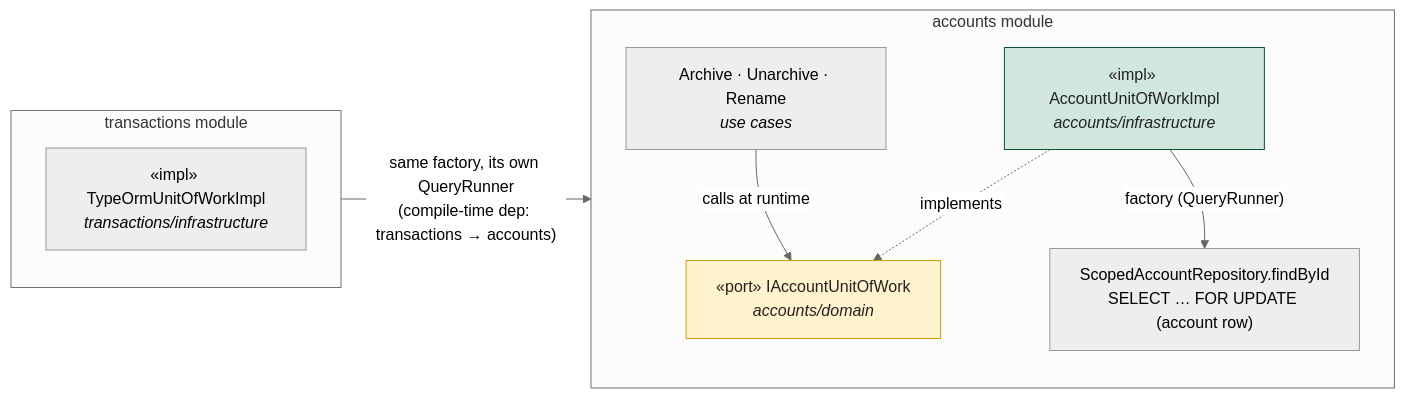
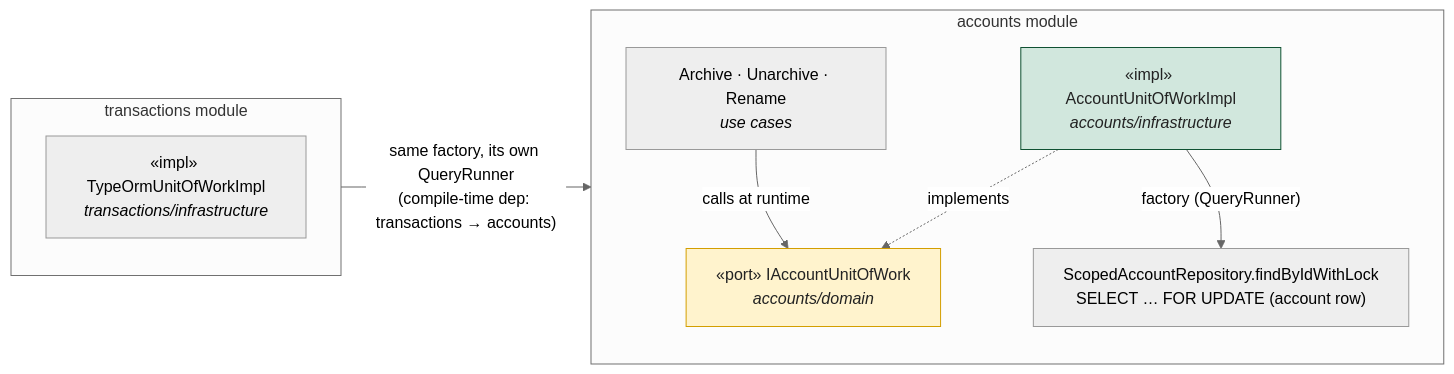
Before and after one commit to vicentera0957-arch/personal-finance-api: the fourth of 6 diagrams in docs/architecture.md, drawn with Mermaid (neutral theme). The commit also changed other lines of this file and 9 other files, not shown here.

````diff
--- a/docs/architecture.md
+++ b/docs/architecture.md
@@ -191,25 +191,25 @@
 ```mermaid
 flowchart LR
     subgraph accounts["accounts module"]
         direction TB
         AUC["Archive · Unarchive · Rename<br/><i>use cases</i>"]
         IAU["«port» IAccountUnitOfWork<br/><i>accounts/domain</i>"]
         UOW["«impl» AccountUnitOfWorkImpl<br/><i>accounts/infrastructure</i>"]
-        LOCK["ScopedAccountRepository.findById<br/>SELECT … FOR UPDATE (account row)"]
+        LOCK["ScopedAccountRepository.findByIdWithLock<br/>SELECT … FOR UPDATE (account row)"]
         AUC -->|"calls at runtime"| IAU
         UOW -.->|implements| IAU
         UOW -->|"factory (QueryRunner)"| LOCK
     end
 
     subgraph transactions["transactions module"]
         direction TB
         TUOW["«impl» TypeOrmUnitOfWorkImpl<br/><i>transactions/infrastructure</i>"]
     end
 
     TUOW -->|"same factory, its own QueryRunner<br/>(compile-time dep: transactions → accounts)"| LOCK
 
     classDef port fill:#fff3cd,stroke:#d39e00,color:#222;
     classDef impl fill:#d1e7dd,stroke:#0f5132,color:#222;
     class IAU port
     class UOW impl
 ```
````
